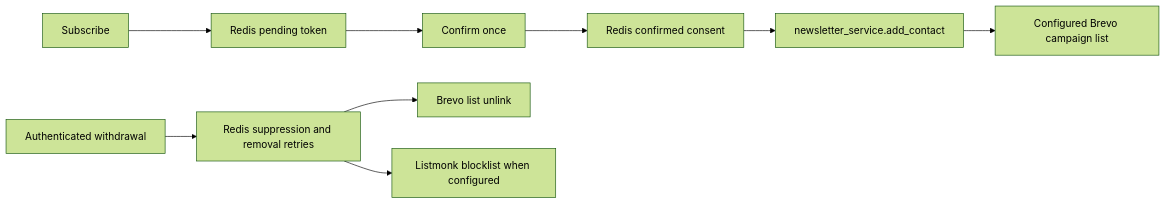
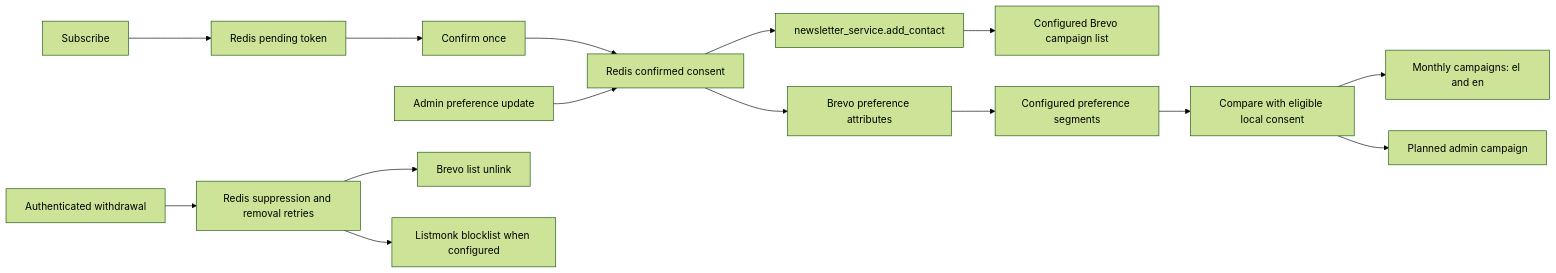
Before and after one commit to NeaBouli/pnyx: the diagram in docs/operations/NEWSLETTER_SOURCE_OF_TRUTH.md, drawn with Mermaid (forest theme). The commit also changed other lines of this file and 17 other files, not shown here.

Commit message:
feat(newsletter): campaign audiences honour language, frequency and topic preferences (#667)

````diff
--- a/docs/operations/NEWSLETTER_SOURCE_OF_TRUTH.md
+++ b/docs/operations/NEWSLETTER_SOURCE_OF_TRUTH.md
@@ -57,11 +58,17 @@
 ```mermaid
 flowchart LR
     Subscribe[Subscribe] --> Pending[Redis pending token]
     Pending --> Confirm[Confirm once]
     Confirm --> Consent[Redis confirmed consent]
     Consent --> Add[newsletter_service.add_contact]
     Add --> Brevo[Configured Brevo campaign list]
+    Preferences[Admin preference update] --> Consent
+    Consent --> Attributes[Brevo preference attributes]
+    Attributes --> Segments[Configured preference segments]
+    Segments --> Gate[Compare with eligible local consent]
+    Gate --> Monthly[Monthly campaigns: el and en]
+    Gate --> Admin[Planned admin campaign]
     Withdraw[Authenticated withdrawal] --> Suppression[Redis suppression and removal retries]
     Suppression --> Unlink[Brevo list unlink]
     Suppression --> Blocklist[Listmonk blocklist when configured]
 ```
````
